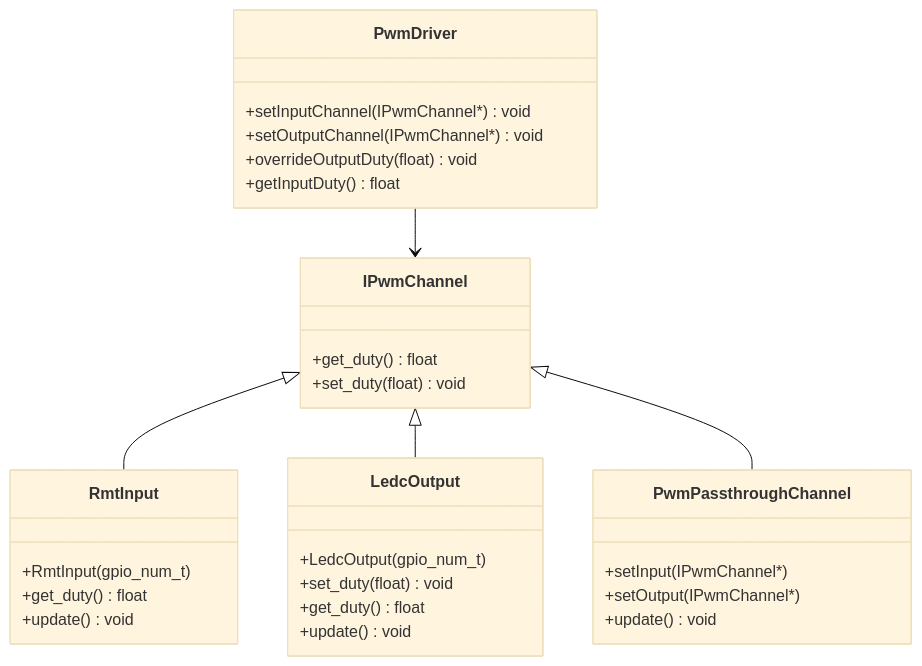
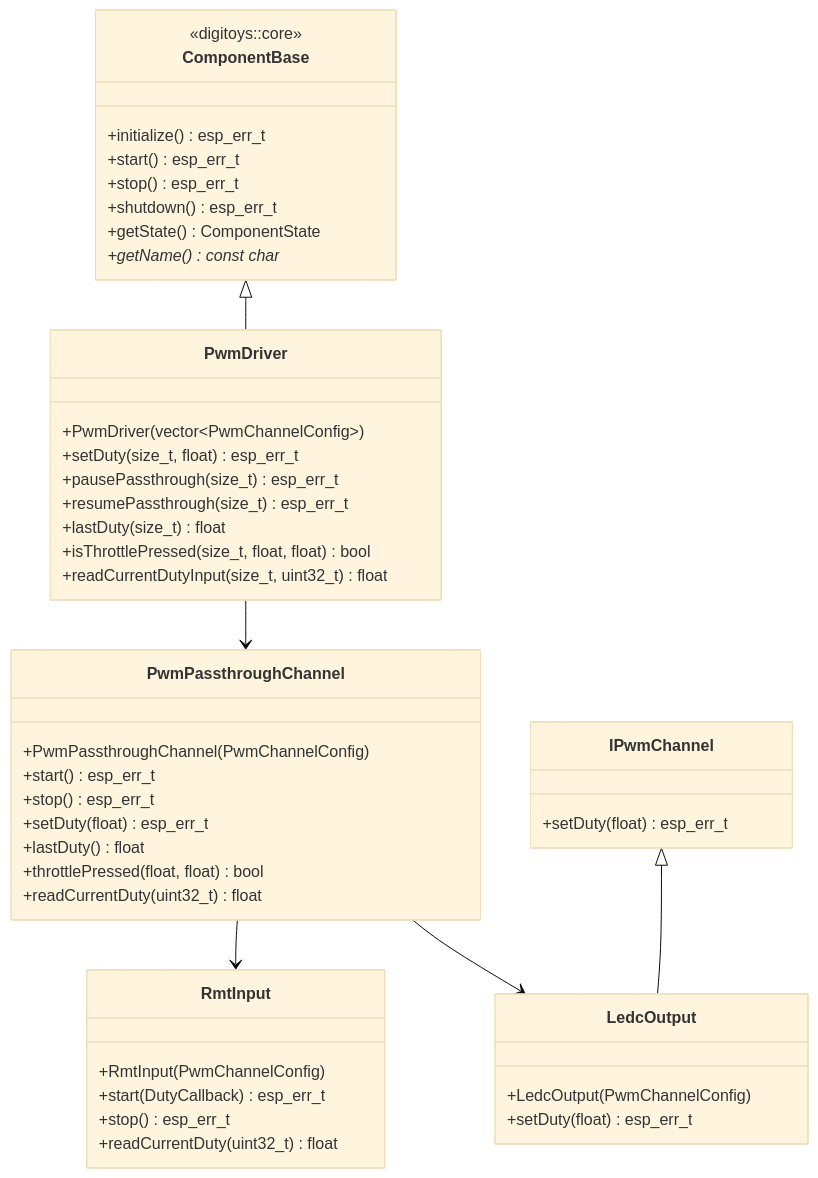
Before and after one commit to Nowass/digitoys-firmware: the diagram in doc/adas-pwm-driver.md, drawn with Mermaid (base theme). The commit also changed other lines of this file and 10 other files, not shown here.

````diff
--- a/doc/adas-pwm-driver.md
+++ b/doc/adas-pwm-driver.md
@@ -40,38 +39,54 @@
 ```mermaid
 classDiagram
+    class ComponentBase {
+        <<digitoys::core>>
+        +initialize() esp_err_t
+        +start() esp_err_t
+        +stop() esp_err_t
+        +shutdown() esp_err_t
+        +getState() ComponentState
+        +getName() const char*
+    }
+
     class IPwmChannel {
-        +get_duty() float
-        +set_duty(float) void
+        +setDuty(float) esp_err_t
     }
 
     class RmtInput {
-        +RmtInput(gpio_num_t)
-        +get_duty() float
-        +update() void
+        +RmtInput(PwmChannelConfig)
+        +start(DutyCallback) esp_err_t
+        +stop() esp_err_t
+        +readCurrentDuty(uint32_t) float
     }
 
     class LedcOutput {
-        +LedcOutput(gpio_num_t)
-        +set_duty(float) void
-        +get_duty() float
-        +update() void
+        +LedcOutput(PwmChannelConfig)
+        +setDuty(float) esp_err_t
     }
 
     class PwmPassthroughChannel {
-        +setInput(IPwmChannel*)
-        +setOutput(IPwmChannel*)
-        +update() void
+        +PwmPassthroughChannel(PwmChannelConfig)
+        +start() esp_err_t
+        +stop() esp_err_t
+        +setDuty(float) esp_err_t
+        +lastDuty() float
+        +throttlePressed(float, float) bool
+        +readCurrentDuty(uint32_t) float
     }
 
     class PwmDriver {
-        +setInputChannel(IPwmChannel*) void
-        +setOutputChannel(IPwmChannel*) void
-        +overrideOutputDuty(float) void
-        +getInputDuty() float
+        +PwmDriver(vector~PwmChannelConfig~)
+        +setDuty(size_t, float) esp_err_t
+        +pausePassthrough(size_t) esp_err_t
+        +resumePassthrough(size_t) esp_err_t
+        +lastDuty(size_t) float
+        +isThrottlePressed(size_t, float, float) bool
+        +readCurrentDutyInput(size_t, uint32_t) float
     }
 
-    IPwmChannel <|-- RmtInput
+    ComponentBase <|-- PwmDriver
     IPwmChannel <|-- LedcOutput
-    IPwmChannel <|-- PwmPassthroughChannel
-    PwmDriver --> IPwmChannel
+    PwmDriver --> PwmPassthroughChannel
+    PwmPassthroughChannel --> RmtInput
+    PwmPassthroughChannel --> LedcOutput
 ```
````
